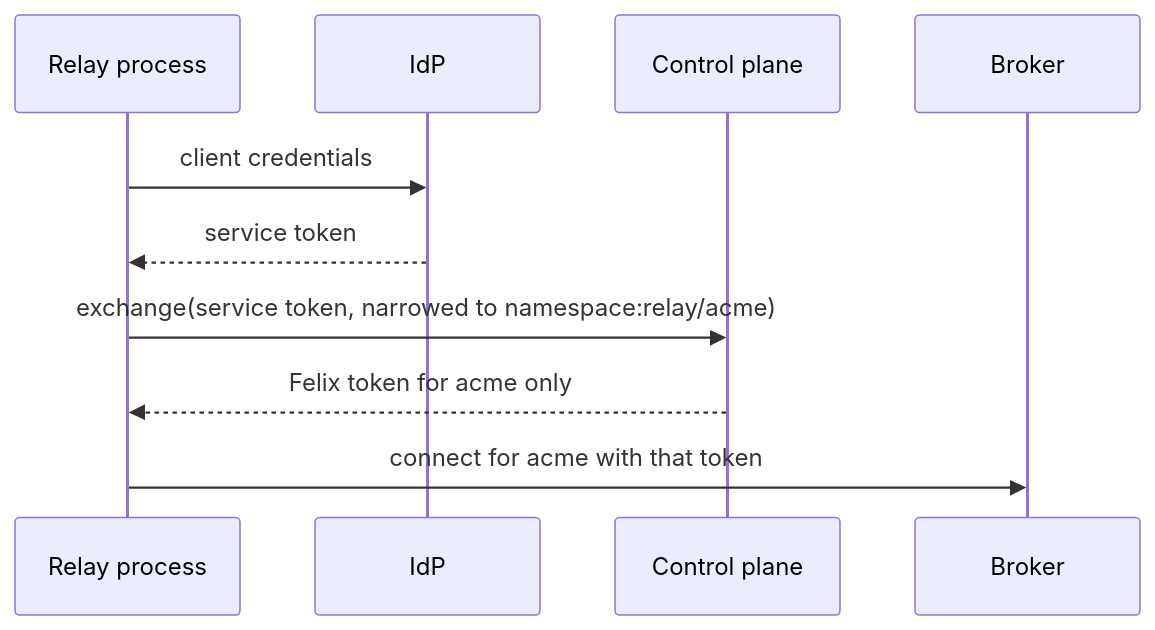
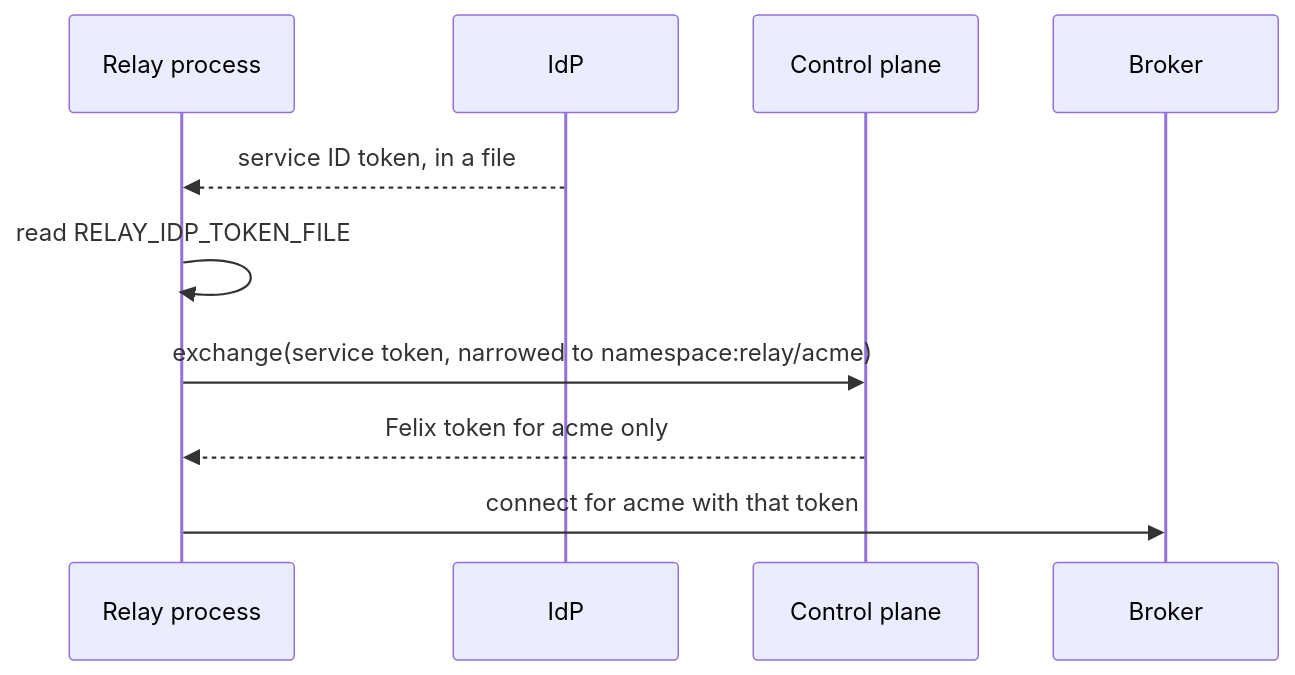
One commit to GetFelix/felix-webhook-relay changed the third of 3 diagrams in docs/design.md. Above: the diagram before and after it, drawn with Mermaid. The commit also changed other lines of this file and 36 other files, not shown here.

````diff
--- a/docs/design.md
+++ b/docs/design.md
@@ -551,12 +551,12 @@
 ```mermaid
 sequenceDiagram
     participant R as Relay process
     participant I as IdP
     participant C as Control plane
     participant F as Broker
-    R->>I: client credentials
-    I-->>R: service token
+    I-->>R: service ID token, in a file
+    R->>R: read RELAY_IDP_TOKEN_FILE
     R->>C: exchange(service token, narrowed to namespace:relay/acme)
     C-->>R: Felix token for acme only
     R->>F: connect for acme with that token
 ```
````
